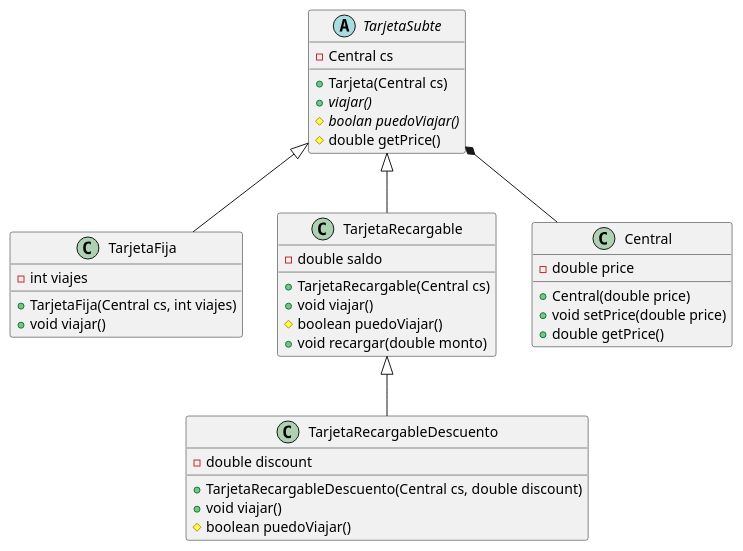
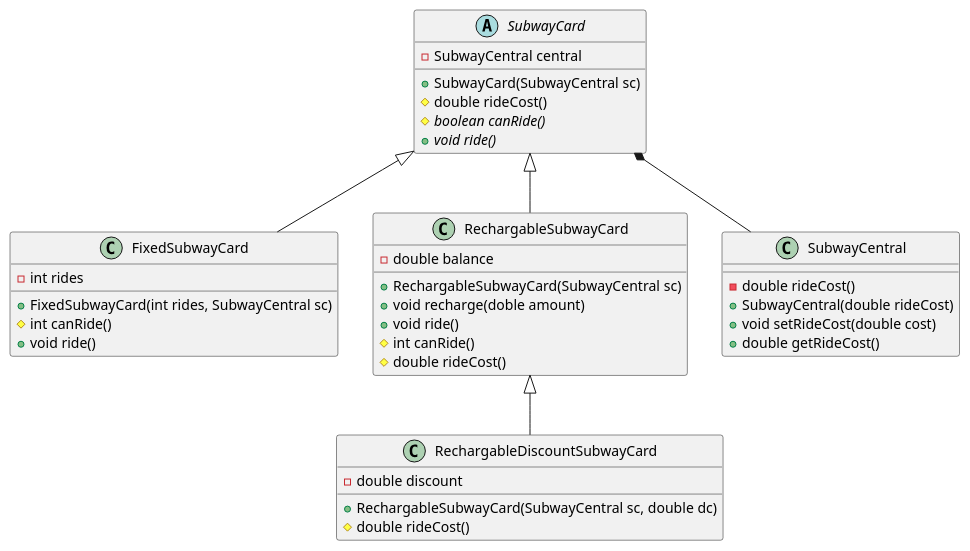
Before and after one commit to rodrihern/POO-ITBA: the diagram in src/taller/taller2/Tarjeta_v3.puml, drawn with PlantUML. The commit also changed 3 other files, not shown here.

```diff
--- a/src/taller/taller2/Tarjeta_v3.puml
+++ b/src/taller/taller2/Tarjeta_v3.puml
@@ -1,55 +1,49 @@
 @startuml
 'https://plantuml.com/sequence-diagram
 
-
-abstract class TarjetaSubte {
-    -Central cs
-    +Tarjeta(Central cs)
-    +{abstract}viajar()
-    #{abstract}boolan puedoViajar()
-    #double getPrice()
+abstract class SubwayCard {
+    -SubwayCentral central
+    +SubwayCard(SubwayCentral sc)
+    #double rideCost()
+    #{abstract}boolean canRide()
+    +{abstract}void ride()
 }
 
-class TarjetaFija {
-    -int viajes
-    +TarjetaFija(Central cs, int viajes)
-    +void viajar()
+SubwayCard <|-- FixedSubwayCard
+SubwayCard <|-- RechargableSubwayCard
+SubwayCard *-- SubwayCentral
+
+class FixedSubwayCard {
+    -int rides
+    +FixedSubwayCard(int rides, SubwayCentral sc)
+    #int canRide()
+    +void ride()
 }
 
-class TarjetaRecargable {
-    -double saldo
-    +TarjetaRecargable(Central cs)
-    +void viajar()
-    #boolean puedoViajar()
-    +void recargar(double monto)
+class RechargableSubwayCard {
+    -double balance
+    +RechargableSubwayCard(SubwayCentral sc)
+    +void recharge(doble amount)
+    +void ride()
+    #int canRide()
+    #double rideCost()
 }
 
-class TarjetaRecargableDescuento {
+RechargableSubwayCard <|-- RechargableDiscountSubwayCard
+
+class RechargableDiscountSubwayCard {
     -double discount
-    +TarjetaRecargableDescuento(Central cs, double discount)
-    +void viajar()
-    #boolean puedoViajar()
-
+    +RechargableSubwayCard(SubwayCentral sc, double dc)
+    #double rideCost()
 }
 
-
-TarjetaSubte *-- Central
-TarjetaSubte <|-- TarjetaRecargable
-TarjetaSubte <|-- TarjetaFija
-TarjetaRecargable <|-- TarjetaRecargableDescuento
-
-
-class Central {
-    -double price
-    +Central(double price)
-    +void setPrice(double price)
-    +double getPrice()
+class SubwayCentral {
+    -double rideCost()
+    +SubwayCentral(double rideCost)
+    +void setRideCost(double cost)
+    +double getRideCost()
 }
 
 
 
-
-
-
-
 @enduml
```
